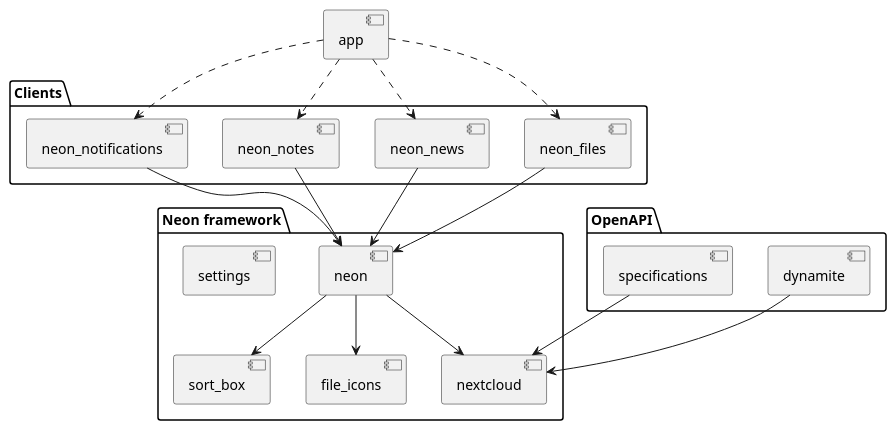
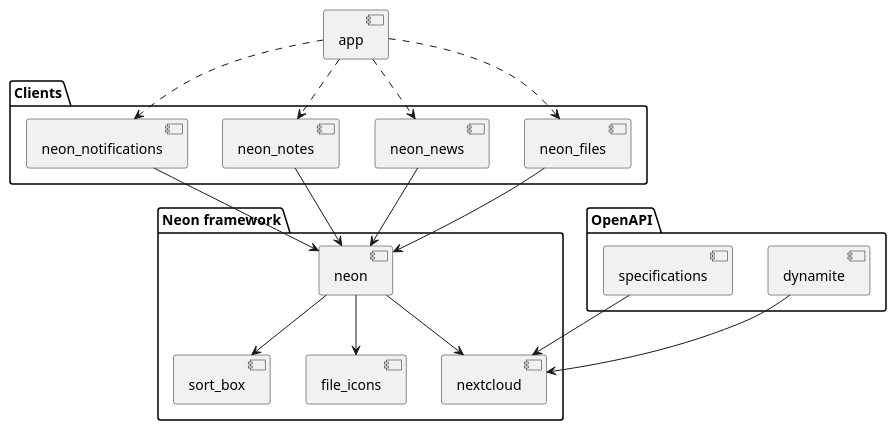
One commit to nextcloud/neon changed the diagram in docs/architecture.puml. Above: the diagram before and after it, drawn with PlantUML. The commit also changed 1 other file, not shown here.

Commit message:
fix(docs): Fix architecture overview

```diff
--- a/docs/architecture.puml
+++ b/docs/architecture.puml
@@ -1,43 +1,42 @@
 @startuml architecture
 
 package "Neon framework" {
     component neon
     component nextcloud
-    component settings
     component sort_box
     component file_icons
 }
 
 package "Clients" {
     component neon_files
     component neon_news
     component neon_notes
     component neon_notifications
 }
 
 package "OpenAPI" {
     component dynamite
     component specifications
 }
 
 component app
 
 app ..> neon_files
 app ..> neon_news
 app ..> neon_notes
 app ..> neon_notifications
 
 neon_files --> neon
 neon_news --> neon
 neon_notes --> neon
 neon_notifications --> neon
 
 
 neon --> nextcloud
 neon --> sort_box
 neon --> file_icons
 
 dynamite --> nextcloud
 specifications --> nextcloud
 
 @enduml
```
